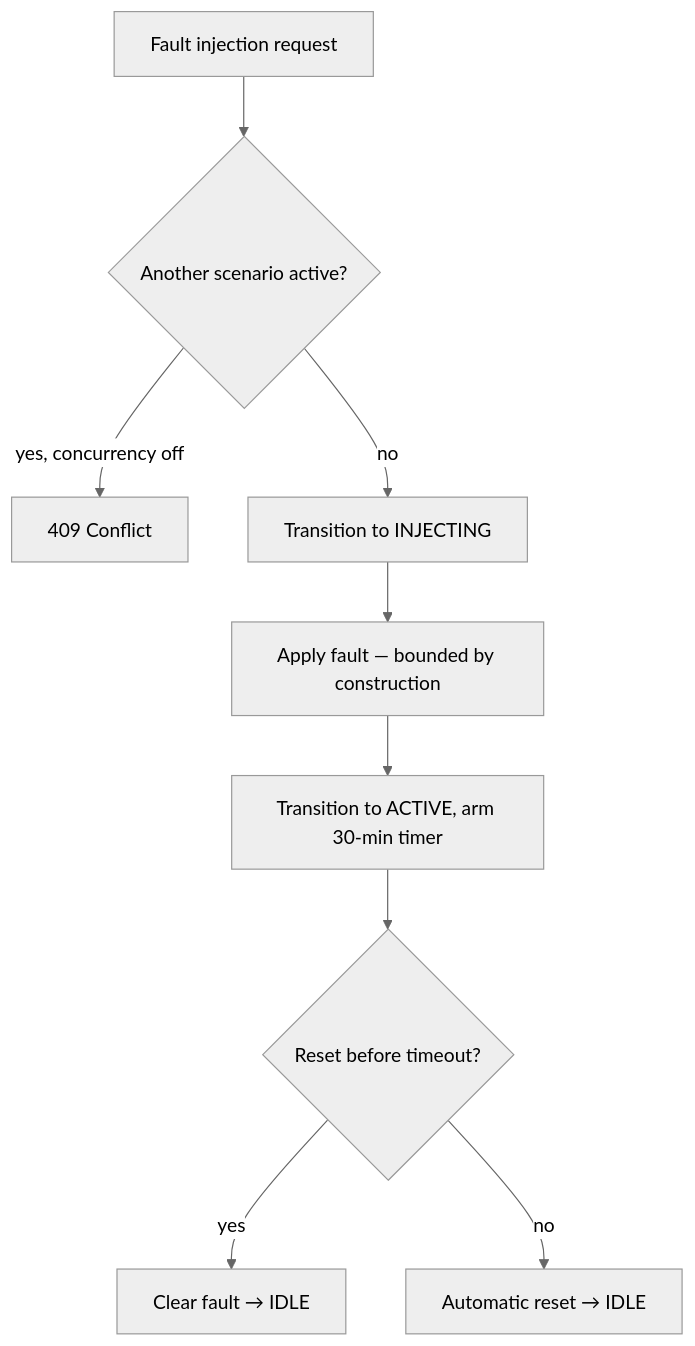
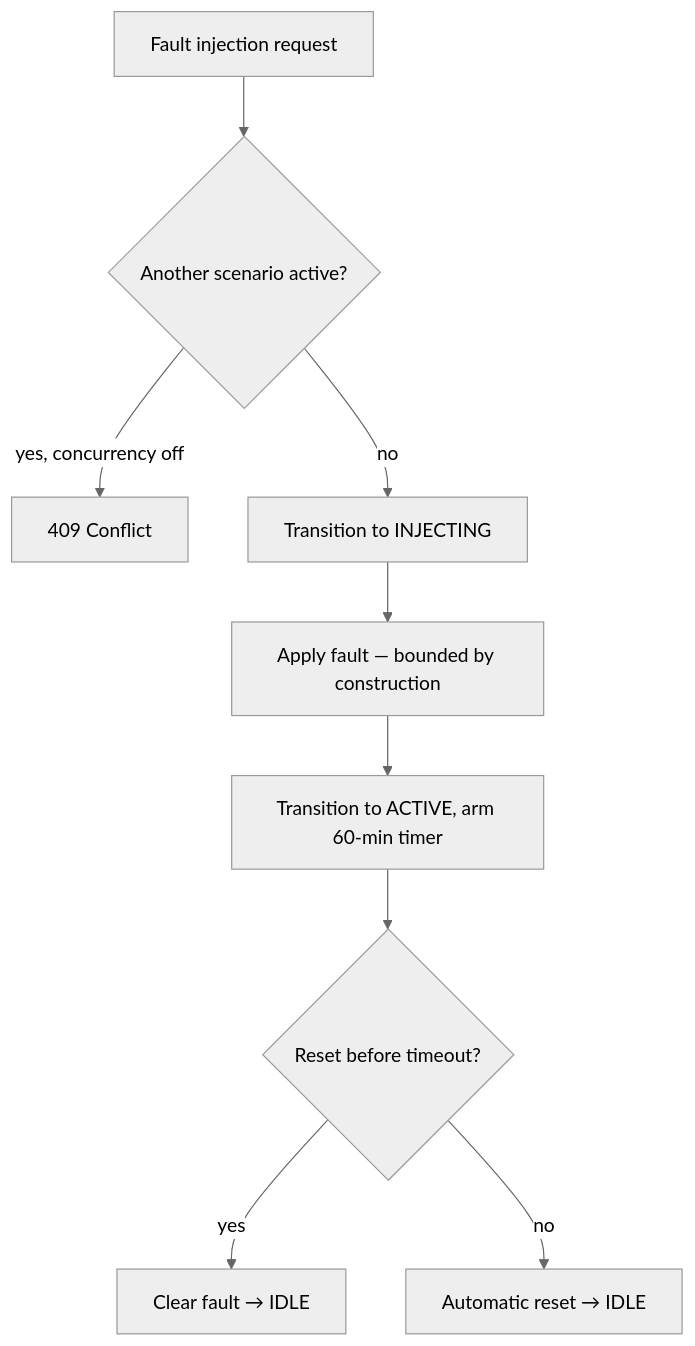
The third of 3 diagrams in docs/ARCHITECTURE.md (F0bsterz/azure-sre-agent-demo-lab), drawn with Mermaid (neutral theme) before and after one commit. The commit also changed other lines of this file and 13 other files, not shown here.

````diff
--- a/docs/ARCHITECTURE.md
+++ b/docs/ARCHITECTURE.md
@@ -190,11 +190,11 @@
 ```mermaid
 flowchart TD
     A["Fault injection request"] --> B{"Another scenario active?"}
     B -->|"yes, concurrency off"| C["409 Conflict"]
     B -->|"no"| D["Transition to INJECTING"]
     D --> E["Apply fault — bounded by construction"]
-    E --> F["Transition to ACTIVE, arm 30-min timer"]
+    E --> F["Transition to ACTIVE, arm 60-min timer"]
     F --> G{"Reset before timeout?"}
     G -->|"yes"| H["Clear fault → IDLE"]
     G -->|"no"| I["Automatic reset → IDLE"]
 ```
````
